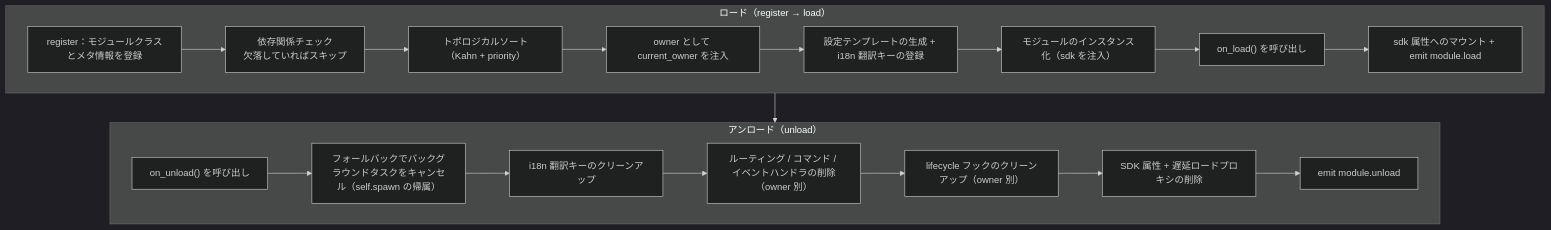
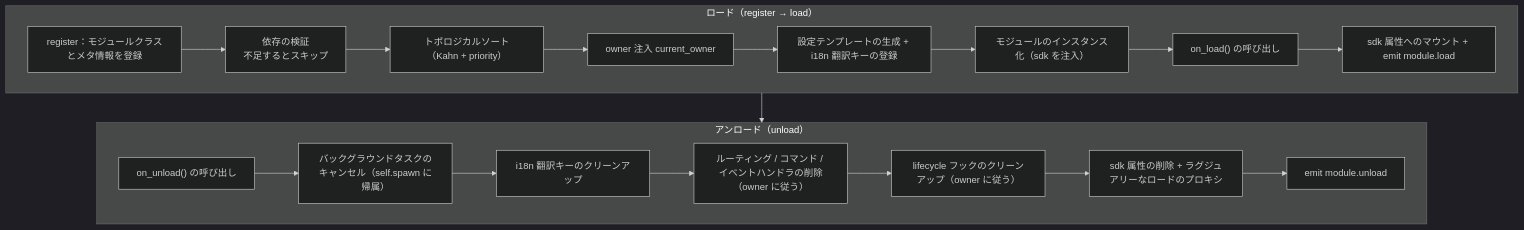
Before and after one commit to ErisPulse/ErisPulse: the diagram in docs/ja/developer-guide/modules/core-concepts.md, drawn with Mermaid (dark theme). The commit also changed other lines of this file and 331 other files, not shown here.

````diff
--- a/docs/ja/developer-guide/modules/core-concepts.md
+++ b/docs/ja/developer-guide/modules/core-concepts.md
@@ -113,23 +111,23 @@
 ```mermaid
 flowchart TD
     subgraph Load["ロード（register → load）"]
-        L1["register：モジュールクラスとメタ情報を登録"] --> L2["依存関係チェック<br/>欠落していればスキップ"]
+        L1["register：モジュールクラスとメタ情報を登録"] --> L2["依存の検証<br/>不足するとスキップ"]
         L2 --> L3["トポロジカルソート（Kahn + priority）"]
-        L3 --> L4["owner として current_owner を注入"]
+        L3 --> L4["owner 注入 current_owner"]
         L4 --> L5["設定テンプレートの生成 + i18n 翻訳キーの登録"]
         L5 --> L6["モジュールのインスタンス化（sdk を注入）"]
-        L6 --> L7["on_load() を呼び出し"]
+        L6 --> L7["on_load() の呼び出し"]
         L7 --> L8["sdk 属性へのマウント + emit module.load"]
     end
 
     subgraph Unload["アンロード（unload）"]
-        U1["on_unload() を呼び出し"] --> U2["フォールバックでバックグラウンドタスクをキャンセル（self.spawn の帰属）"]
+        U1["on_unload() の呼び出し"] --> U2["バックグラウンドタスクのキャンセル（self.spawn に帰属）"]
         U2 --> U3["i18n 翻訳キーのクリーンアップ"]
-        U3 --> U4["ルーティング / コマンド / イベントハンドラの削除（owner 別）"]
-        U4 --> U5["lifecycle フックのクリーンアップ（owner 別）"]
-        U5 --> U6["SDK 属性 + 遅延ロードプロキシの削除"]
+        U3 --> U4["ルーティング / コマンド / イベントハンドラの削除（owner に従う）"]
+        U4 --> U5["lifecycle フックのクリーンアップ（owner に従う）"]
+        U5 --> U6["sdk 属性の削除 + ラグジュアリーなロードのプロキシ"]
         U6 --> U7["emit module.unload"]
     end
 
     Load --> Unload
 ```
````
